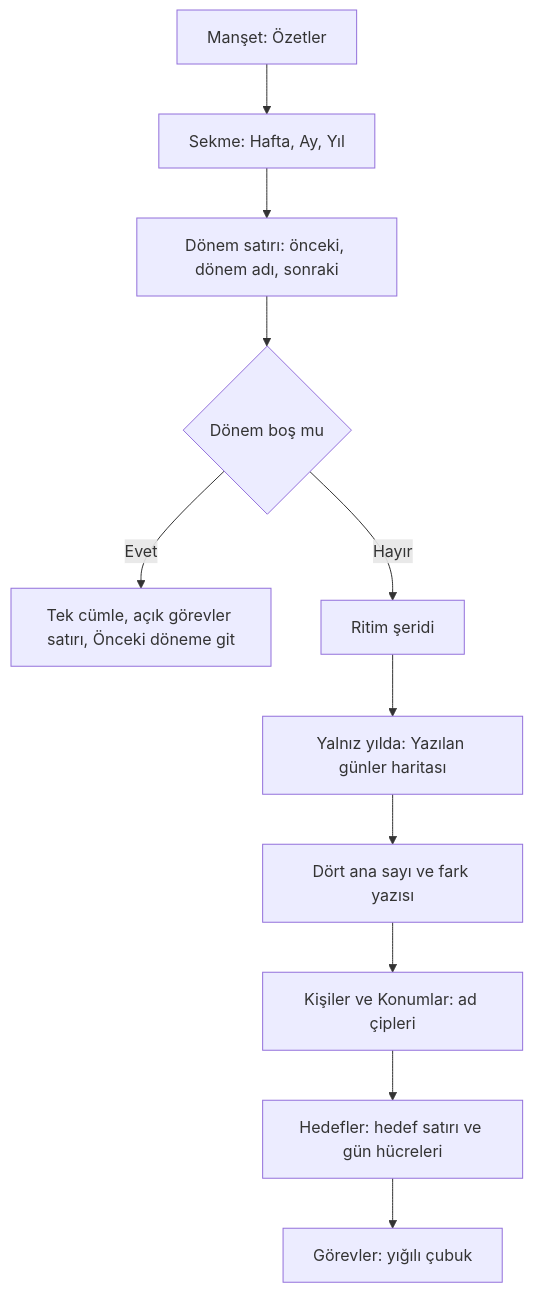
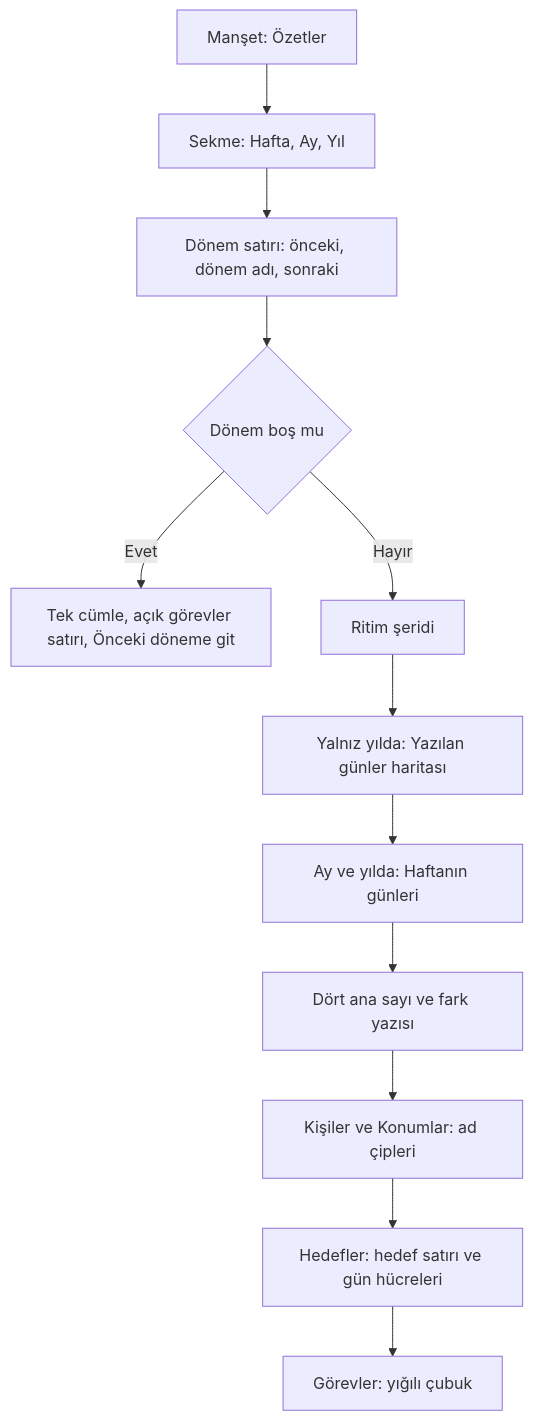
Before and after one commit to dogancanyildiz/kenet: the seventh of 18 diagrams in docs/screens.md, drawn with Mermaid. The commit also changed other lines of this file and 16 other files, not shown here.

Commit message:
feat: Özetler'de haftanın günleri yazma oranı satırları (#257)

````diff
--- a/docs/screens.md
+++ b/docs/screens.md
@@ -477,13 +477,14 @@
 ```mermaid
 flowchart TD
     A[Manşet: Özetler] --> B[Sekme: Hafta, Ay, Yıl]
     B --> C[Dönem satırı: önceki, dönem adı, sonraki]
     C --> D{Dönem boş mu}
     D -->|Evet| E[Tek cümle, açık görevler satırı, Önceki döneme git]
     D -->|Hayır| F[Ritim şeridi]
     F --> Y[Yalnız yılda: Yazılan günler haritası]
-    Y --> G[Dört ana sayı ve fark yazısı]
+    Y --> W[Ay ve yılda: Haftanın günleri]
+    W --> G[Dört ana sayı ve fark yazısı]
     G --> H[Kişiler ve Konumlar: ad çipleri]
     H --> I[Hedefler: hedef satırı ve gün hücreleri]
     I --> J[Görevler: yığılı çubuk]
 ```
````
